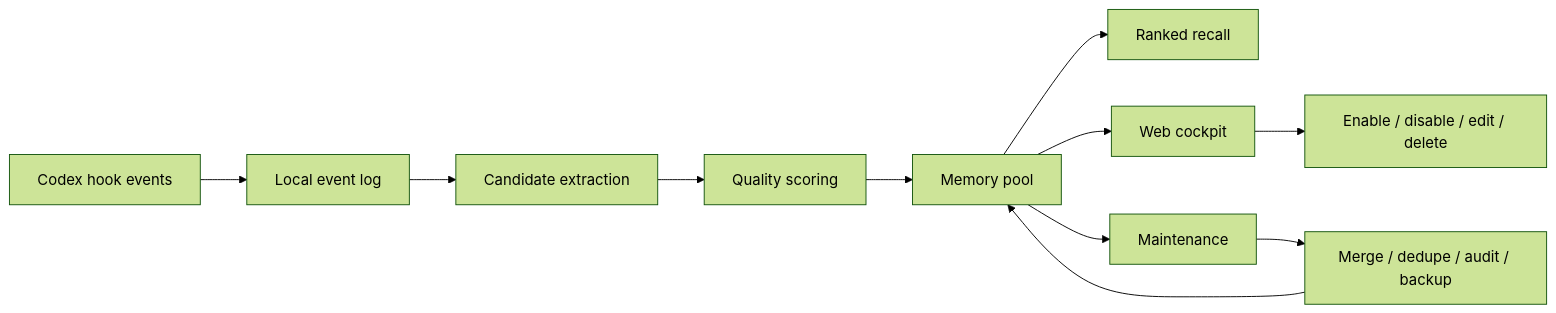
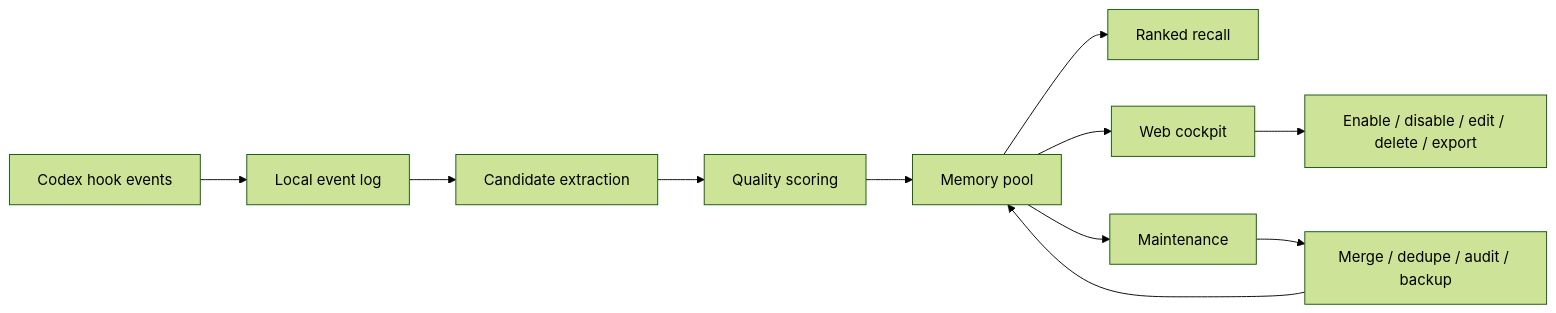
One commit to logcjj/horizon-context-memory changed the diagram in README.md. Above: the diagram before and after it, drawn with Mermaid (forest theme). The commit also changed other lines of this file and 3 other files, not shown here.

````diff
--- a/README.md
+++ b/README.md
@@ -80,13 +81,13 @@
 ```mermaid
 flowchart LR
   A[Codex hook events] --> B[Local event log]
   B --> C[Candidate extraction]
   C --> D[Quality scoring]
   D --> E[Memory pool]
   E --> F[Ranked recall]
   E --> G[Web cockpit]
-  G --> H[Enable / disable / edit / delete]
+  G --> H[Enable / disable / edit / delete / export]
   E --> I[Maintenance]
   I --> J[Merge / dedupe / audit / backup]
   J --> E
 ```
````
